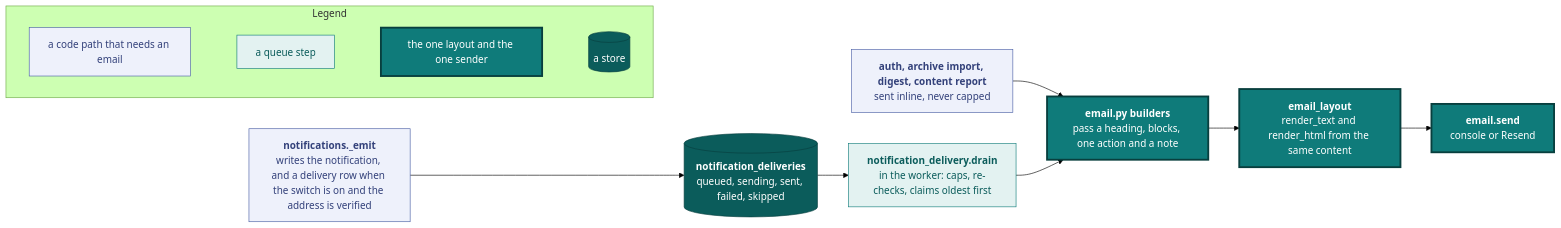
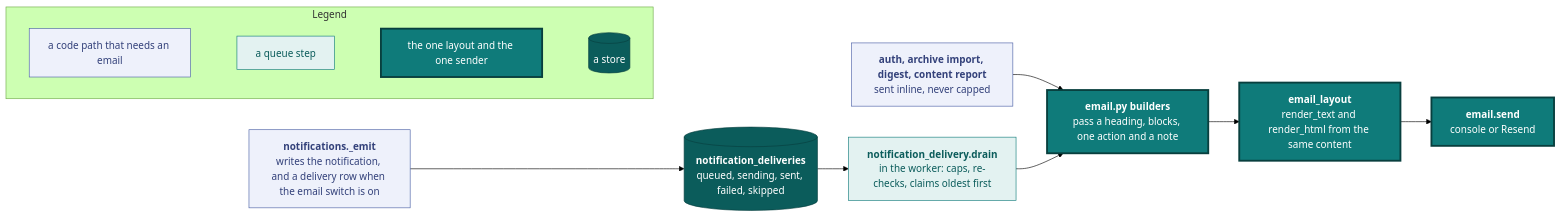
Before and after one commit to vidithq/vidit: the third of 5 diagrams in docs/engineering.md, drawn with Mermaid (forest theme). The commit also changed other lines of this file and 5 other files, not shown here.

````diff
--- a/docs/engineering.md
+++ b/docs/engineering.md
@@ -256,35 +256,35 @@
 ```mermaid
 flowchart LR
   classDef spec fill:#eef1fb,stroke:#4a5fa5,color:#33417a
   classDef shared fill:#e3f2f1,stroke:#0f7b7a,color:#0b5c5b
   classDef core fill:#0f7b7a,stroke:#083f3e,stroke-width:3px,color:#ffffff
   classDef store fill:#0b5c5b,stroke:#083f3e,color:#ffffff
 
   subgraph legend [Legend]
     direction LR
     l1["`a code path that needs an email`"]:::spec
     l2["`a queue step`"]:::shared
     l3["`the one layout and the one sender`"]:::core
     l4[("`a store`")]:::store
     l1 ~~~ l2 ~~~ l3 ~~~ l4
   end
 
   inline["`**auth, archive import, digest, content report**
   sent inline, never capped`"]:::spec
   emit["`**notifications._emit**
-  writes the notification, and a delivery row when the switch is on and the address is verified`"]:::spec
+  writes the notification, and a delivery row when the email switch is on`"]:::spec
   queue[("`**notification_deliveries**
   queued, sending, sent, failed, skipped`")]:::store
   drain["`**notification_delivery.drain**
   in the worker: caps, re-checks, claims oldest first`"]:::shared
   builders["`**email.py builders**
   pass a heading, blocks, one action and a note`"]:::core
   layout["`**email_layout**
   render_text and render_html from the same content`"]:::core
   send["`**email.send**
   console or Resend`"]:::core
 
   inline --> builders
   emit --> queue --> drain --> builders
   builders --> layout --> send
 ```
````
